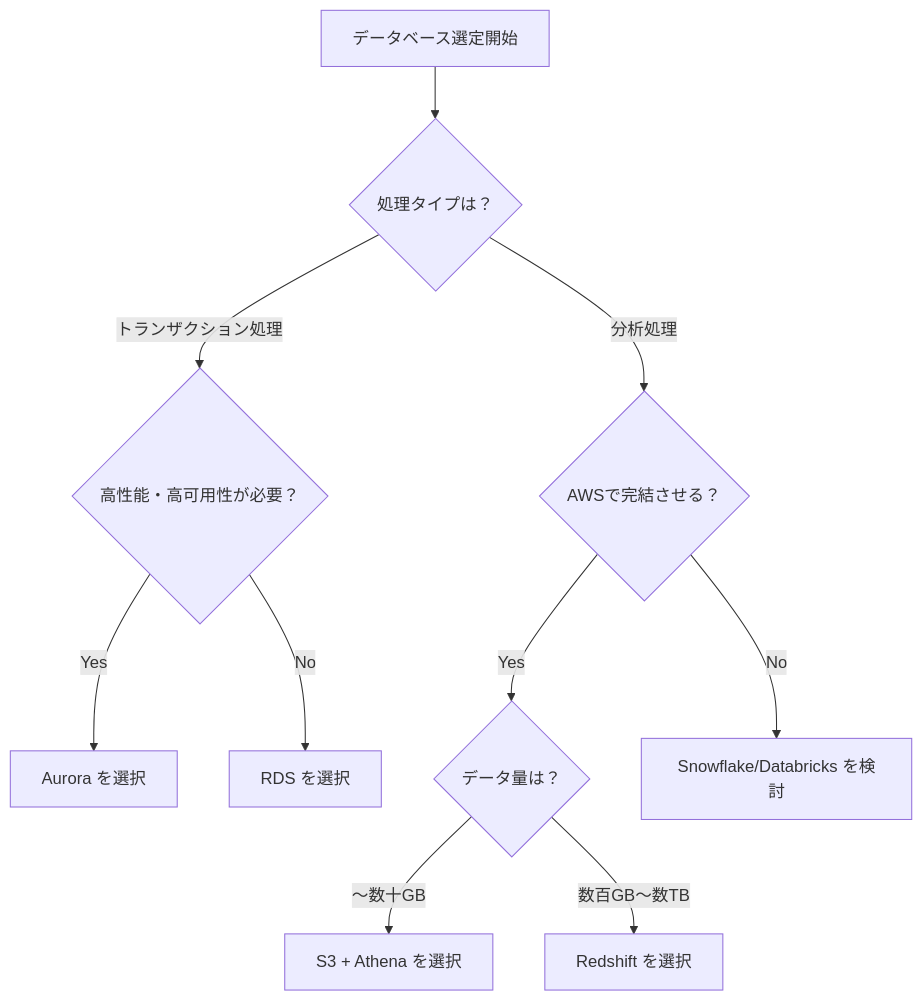
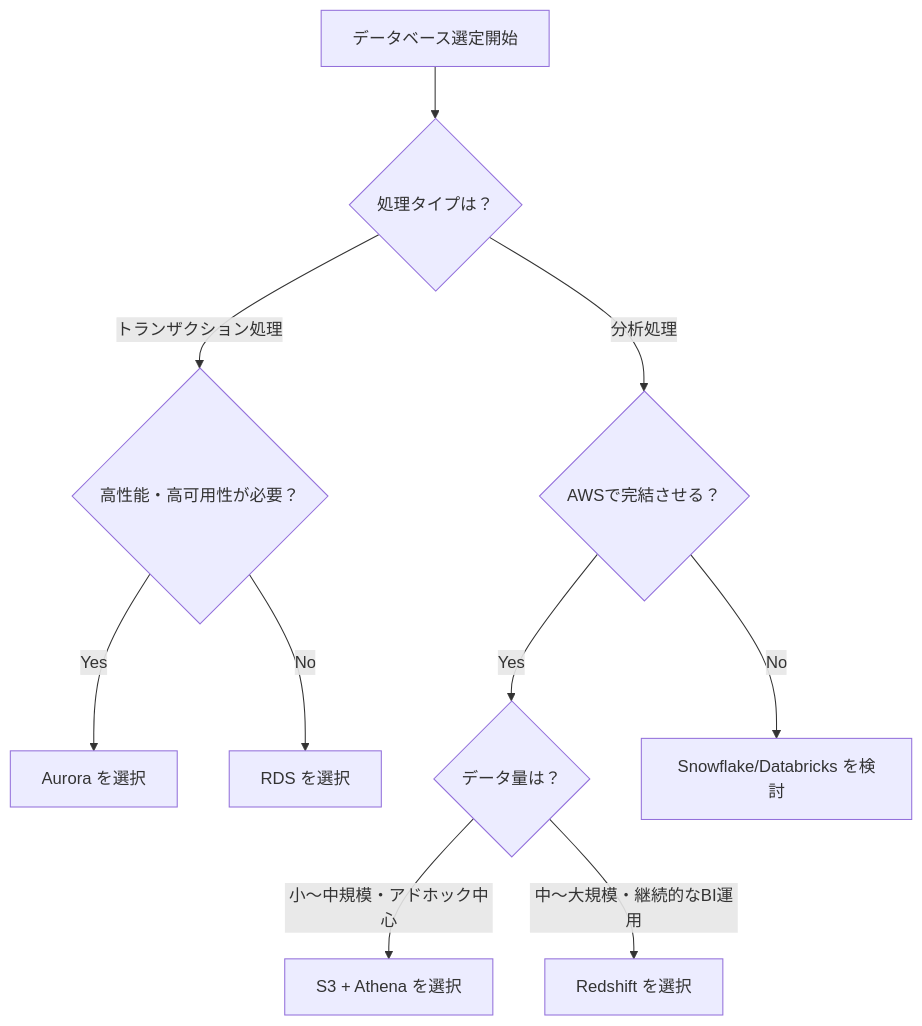
One commit to yoto1980yen/zenn-public changed the fifth of 5 diagrams in articles/0e12781636b353.md. Above: the diagram before and after it, drawn with Mermaid. The commit also changed other lines of this file, not shown here.

````diff
--- a/articles/0e12781636b353.md
+++ b/articles/0e12781636b353.md
@@ -547,16 +538,16 @@
 ```mermaid
 flowchart TD
     Start[データベース選定開始] --> Q1{処理タイプは？}
 
     Q1 -->|トランザクション処理| Q2{高性能・高可用性が必要？}
     Q1 -->|分析処理| Q3{AWSで完結させる？}
 
     Q2 -->|Yes| Aurora[Aurora を選択]
     Q2 -->|No| RDS[RDS を選択]
 
     Q3 -->|Yes| Q4{データ量は？}
     Q3 -->|No| SaaS[Snowflake/Databricks を検討]
 
-    Q4 -->|〜数十GB| Athena[S3 + Athena を選択]
-    Q4 -->|数百GB〜数TB| Redshift[Redshift を選択]
+   Q4 -->|小〜中規模・アドホック中心| Athena[S3 + Athena を選択]
+   Q4 -->|中〜大規模・継続的なBI運用| Redshift[Redshift を選択]
 ```
````
